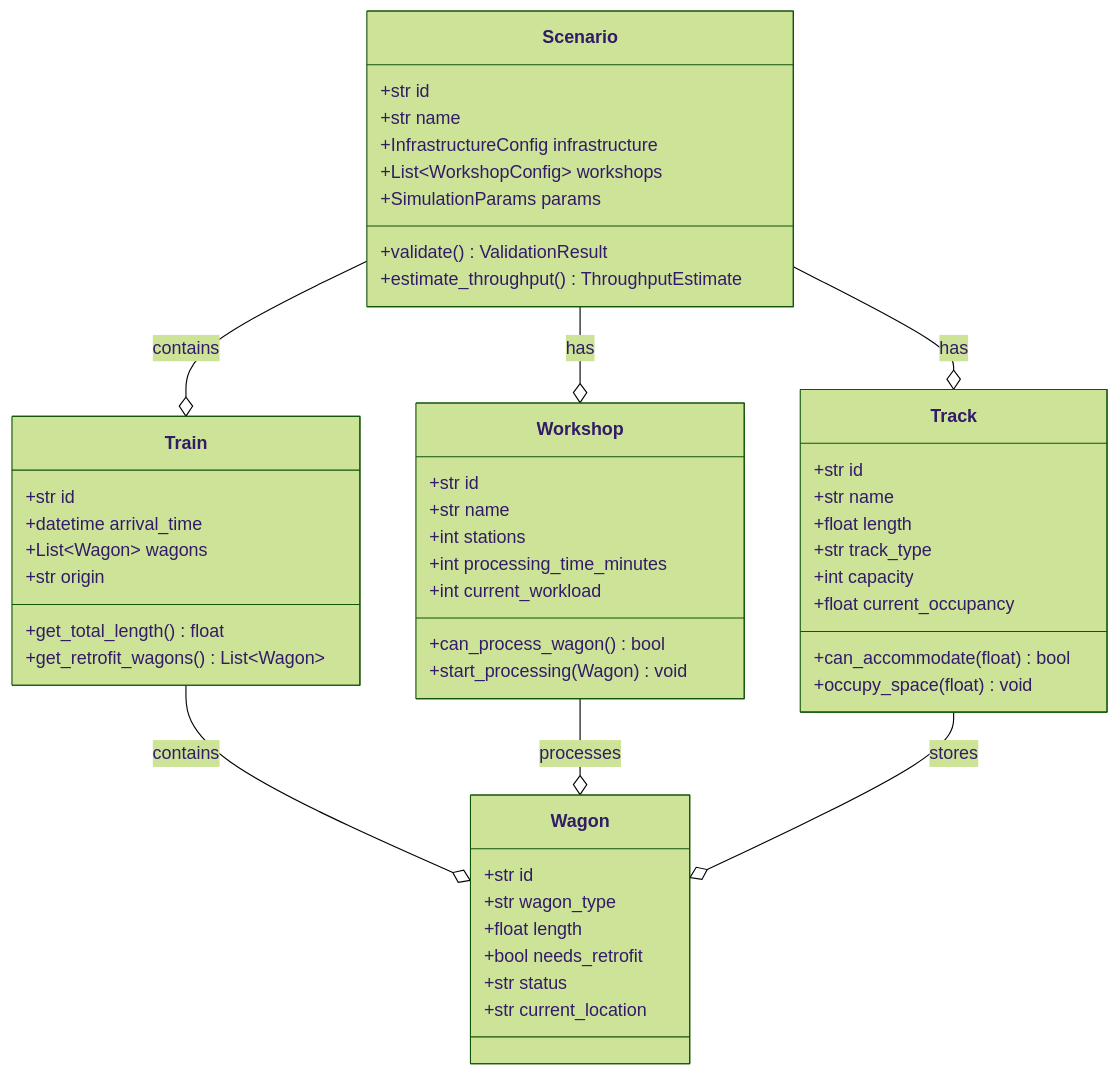
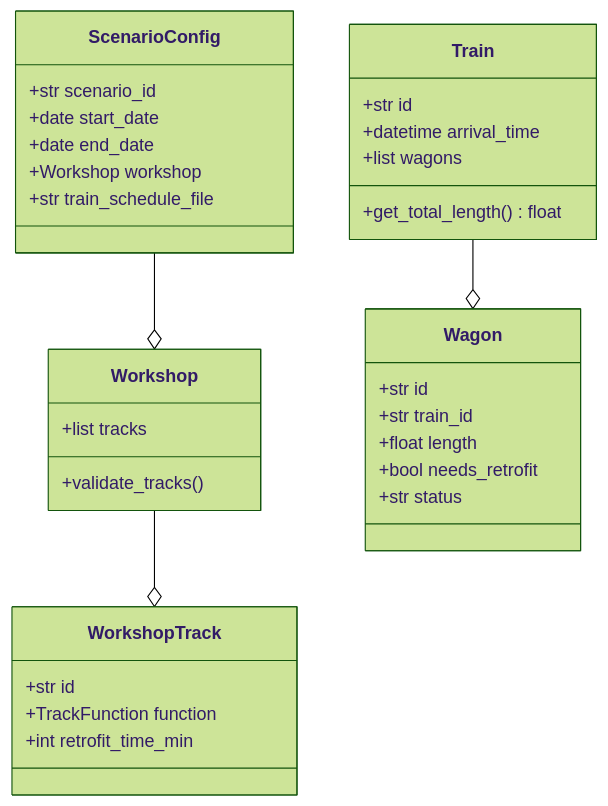
Before and after one commit to OpenRailAssociation/dac-migration-dss-popupsim: the diagram in docs/mvp/development/03-mvp-domain-model.md, drawn with Mermaid (forest theme). The commit also changed other lines of this file and 22 other files, not shown here.

````diff
--- a/docs/mvp/development/03-mvp-domain-model.md
+++ b/docs/mvp/development/03-mvp-domain-model.md
@@ -7,58 +9,40 @@
 ```mermaid
 classDiagram
-    class Scenario {
+    class ScenarioConfig {
+        +str scenario_id
+        +date start_date
+        +date end_date
+        +Workshop workshop
+        +str train_schedule_file
+    }
+
+    class Workshop {
+        +list tracks
+        +validate_tracks()
+    }
+
+    class WorkshopTrack {
         +str id
-        +str name
-        +InfrastructureConfig infrastructure
-        +List~WorkshopConfig~ workshops
-        +SimulationParams params
-        +validate() ValidationResult
-        +estimate_throughput() ThroughputEstimate
+        +TrackFunction function
+        +int retrofit_time_min
     }
 
     class Train {
         +str id
         +datetime arrival_time
-        +List~Wagon~ wagons
-        +str origin
+        +list wagons
         +get_total_length() float
-        +get_retrofit_wagons() List~Wagon~
     }
 
     class Wagon {
         +str id
-        +str wagon_type
+        +str train_id
         +float length
         +bool needs_retrofit
         +str status
-        +str current_location
     }
 
-    class Track {
-        +str id
-        +str name
-        +float length
-        +str track_type
-        +int capacity
-        +float current_occupancy
-        +can_accommodate(float) bool
-        +occupy_space(float) void
-    }
-
-    class Workshop {
-        +str id
-        +str name
-        +int stations
-        +int processing_time_minutes
-        +int current_workload
-        +can_process_wagon() bool
-        +start_processing(Wagon) void
-    }
-
-    Scenario --o Train : contains
-    Train --o Wagon : contains
-    Scenario --o Track : has
-    Scenario --o Workshop : has
-    Workshop --o Wagon : processes
-    Track --o Wagon : stores
+    ScenarioConfig --o Workshop
+    Workshop --o WorkshopTrack
+    Train --o Wagon
 ```
````
